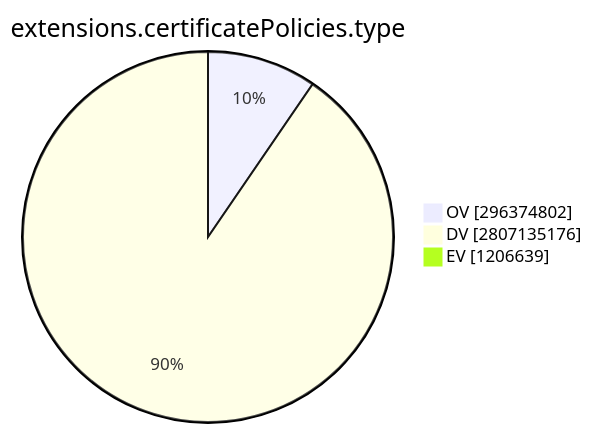
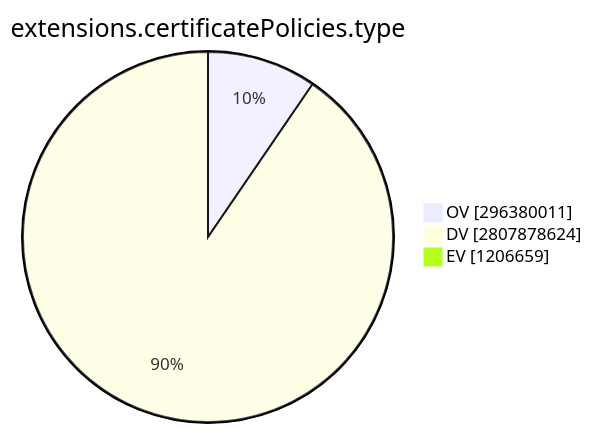
The ninth of 15 diagrams in TOTAL/README.md (christiankrug/ctmonitor_visualization), drawn with Mermaid before and after one commit. The commit also changed other lines of this file, not shown here.

````diff
--- a/TOTAL/README.md
+++ b/TOTAL/README.md
@@ -3099,7 +3099,7 @@
 ```mermaid
 pie showData
 title extensions.certificatePolicies.type
-"OV" :296374802
-"DV" :2807135176
-"EV" :1206639
+"OV" :296380011
+"DV" :2807878624
+"EV" :1206659
 ```
````
